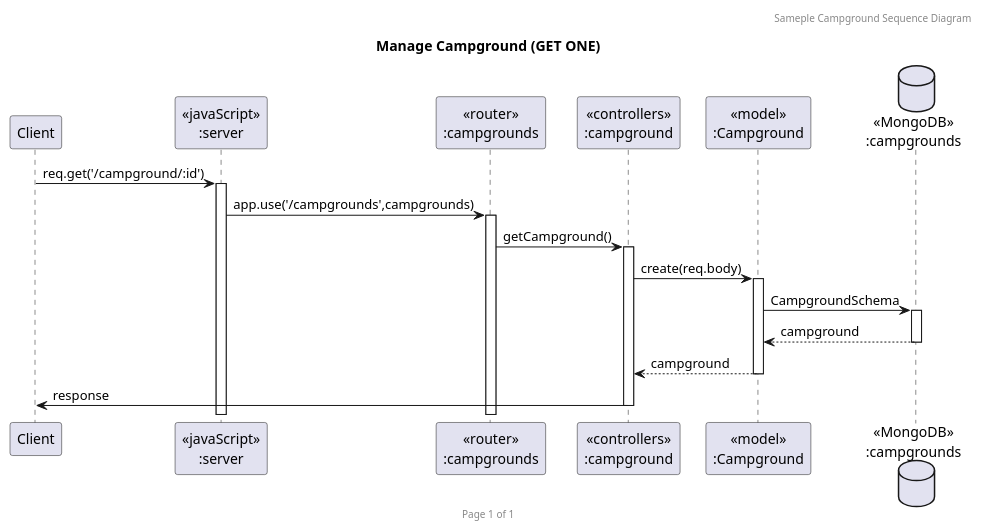
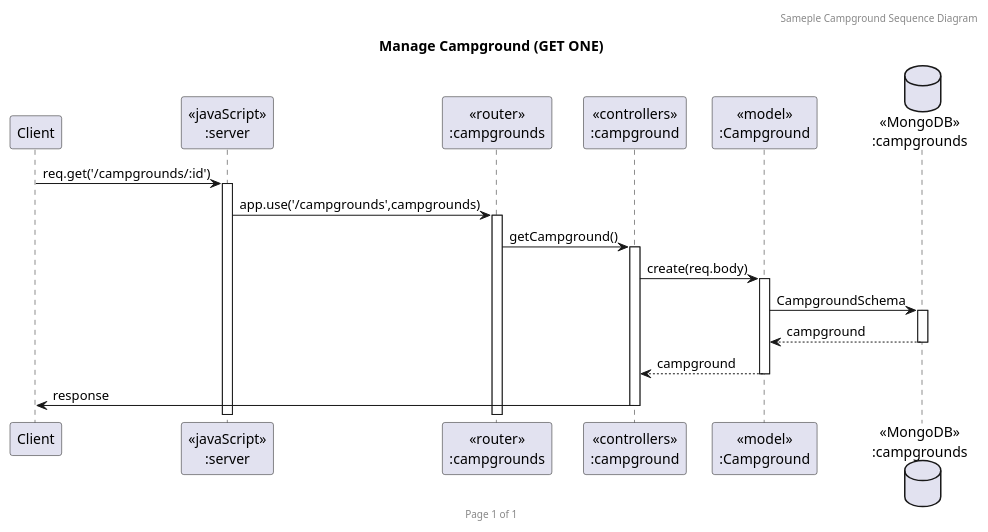
The diagram in Diagram/Sequence diagram/Campground/Campground GETONE.puml (thamthorn/Campground-Backend), drawn with PlantUML before and after one commit. The commit also changed 5 other files, not shown here.

Commit message:
Sequence Diagram Booking

```diff
--- a/Diagram/Sequence diagram/Campground/Campground GETONE.puml
+++ b/Diagram/Sequence diagram/Campground/Campground GETONE.puml
@@ -1,23 +1,23 @@
 @startuml Manage Campground (GET)
 
 header Sameple Campground Sequence Diagram
 footer Page %page% of %lastpage%
 title "Manage Campground (GET ONE)"
 
 participant "Client" as client
 participant "<<javaScript>>\n:server" as server
 participant "<<router>>\n:campgrounds" as routerCampgrounds
 participant "<<controllers>>\n:campground" as controllersCampground
 participant "<<model>>\n:Campground" as modelCampground
 database "<<MongoDB>>\n:campgrounds" as CampgroundsDatabase
 
-client->server ++:req.get('/campground/:id')
+client->server ++:req.get('/campgrounds/:id')
 server->routerCampgrounds ++:app.use('/campgrounds',campgrounds)
 routerCampgrounds -> controllersCampground ++:getCampground()
 controllersCampground->modelCampground ++:create(req.body)
 modelCampground ->CampgroundsDatabase ++: CampgroundSchema
 CampgroundsDatabase --> modelCampground --: campground
 controllersCampground <-- modelCampground --:campground
 controllersCampground->client --:response
 
 @enduml
```
